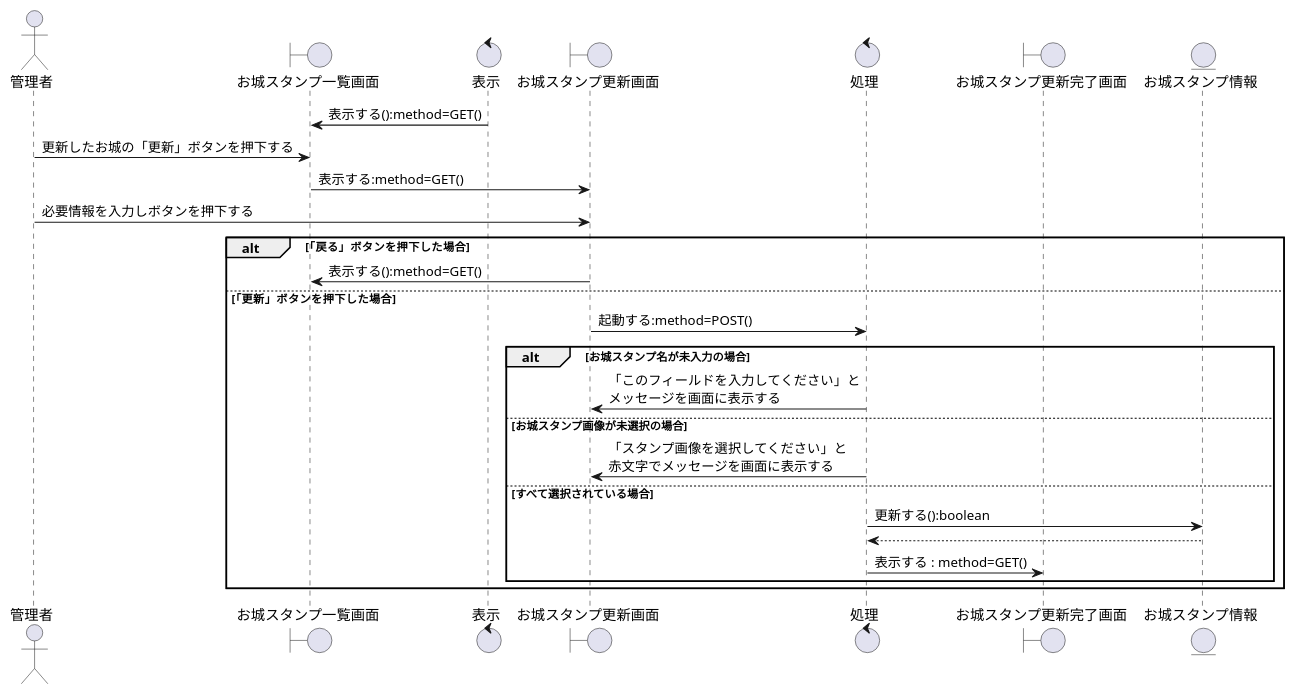
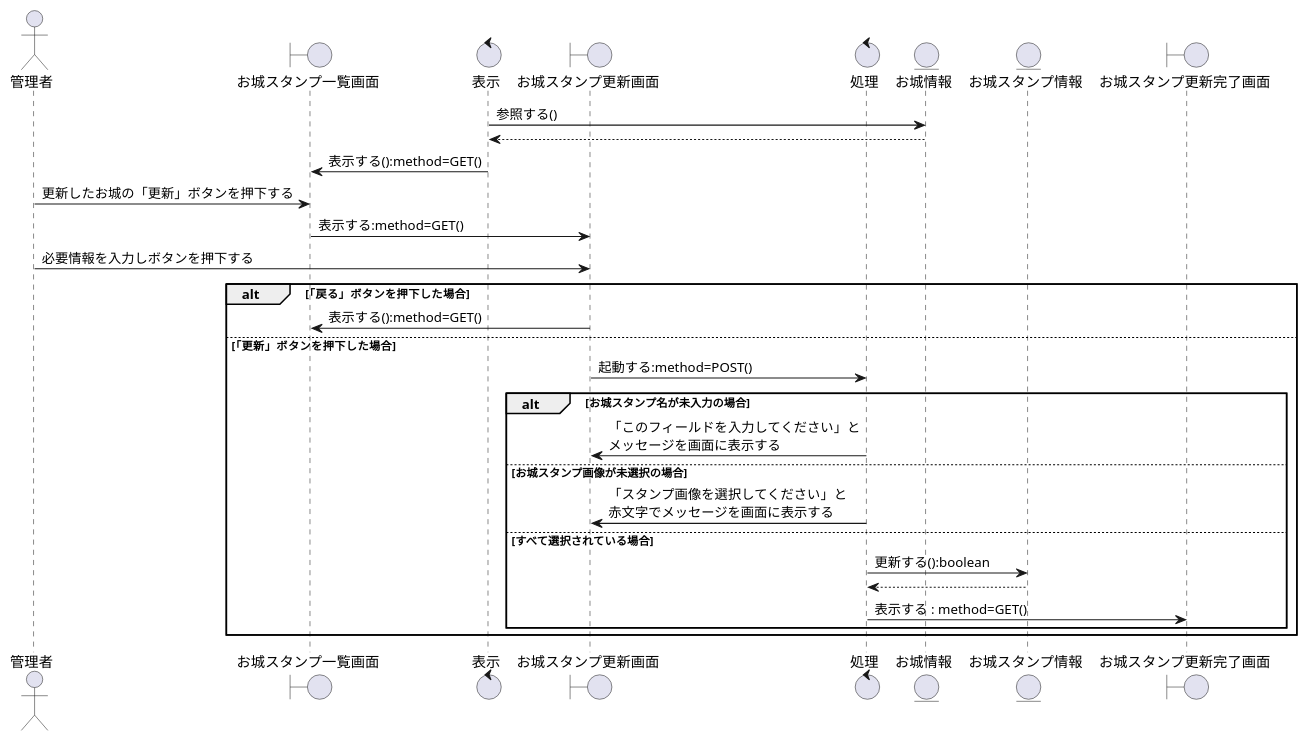
One commit to K-Rinrin/GroupE changed the diagram in お城/お城/設計書/シーケンス図/管理者/お城スタンプ機能/管理者がお城スタンプの更新をする.pu. Above: the diagram before and after it, drawn with PlantUML. The commit also changed 4 other files, not shown here.

```diff
--- a/お城/お城/設計書/シーケンス図/管理者/お城スタンプ機能/管理者がお城スタンプの更新をする.pu
+++ b/お城/お城/設計書/シーケンス図/管理者/お城スタンプ機能/管理者がお城スタンプの更新をする.pu
@@ -1,46 +1,49 @@
 @startuml 管理者がお城スタンプの更新をする
 
 
 ' ========================================
 ' 登場モノの定義
 ' ========================================
 actor "管理者" as Admin
 boundary "お城スタンプ一覧画面" as b1
 control "表示" as c1
 boundary "お城スタンプ更新画面" as b2
 control "処理" as c2
+entity "お城情報" as e1
+entity "お城スタンプ情報" as e2
 boundary "お城スタンプ更新完了画面" as b3
-entity "お城スタンプ情報" as e1
 
 ' ========================================
 ' シーケンスの流れ
 ' ========================================
 
+c1 -> e1 : 参照する()
+c1 <-- e1
 c1 -> b1 : 表示する():method=GET()
 Admin -> b1 : 更新したお城の「更新」ボタンを押下する
 b1 -> b2 : 表示する:method=GET()
 
 Admin -> b2 : 必要情報を入力しボタンを押下する
 
 alt 「戻る」ボタンを押下した場合
     b2 -> b1 : 表示する():method=GET()
 
 else 「更新」ボタンを押下した場合
     b2 -> c2 : 起動する:method=POST()
 
     alt お城スタンプ名が未入力の場合
         c2 -> b2 : 「このフィールドを入力してください」と\nメッセージを画面に表示する
     else お城スタンプ画像が未選択の場合
         c2 -> b2 : 「スタンプ画像を選択してください」と\n赤文字でメッセージを画面に表示する
     else すべて選択されている場合
-        c2 -> e1 : 更新する():boolean
-        e1 --> c2
+        c2 -> e2 : 更新する():boolean
+        e2 --> c2
         c2 -> b3 : 表示する : method=GET()
 
     end
 end
 
 
 
 
 @enduml
```
